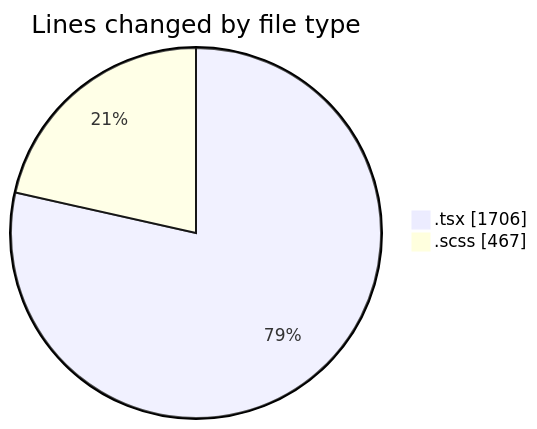
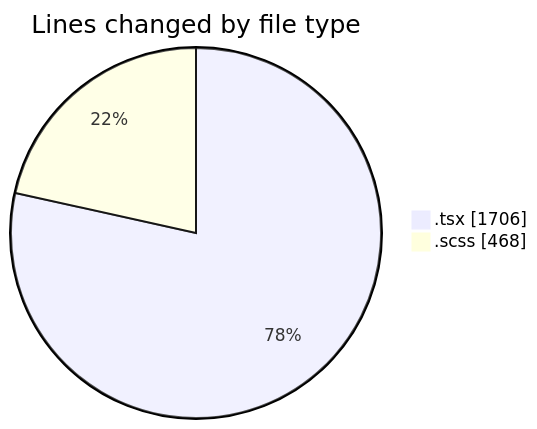
Before and after one commit to momahboobian/code-tracking: the first of 2 diagrams in 2025-04-10/cda/README.md, drawn with Mermaid. The commit also changed other lines of this file and 1 other file, not shown here.

````diff
--- a/2025-04-10/cda/README.md
+++ b/2025-04-10/cda/README.md
@@ -24,6 +24,6 @@
 ```mermaid
 pie showData
 title Lines changed by file type
 ".tsx" : 1706
-".scss" : 467
+".scss" : 468
 ```
````
